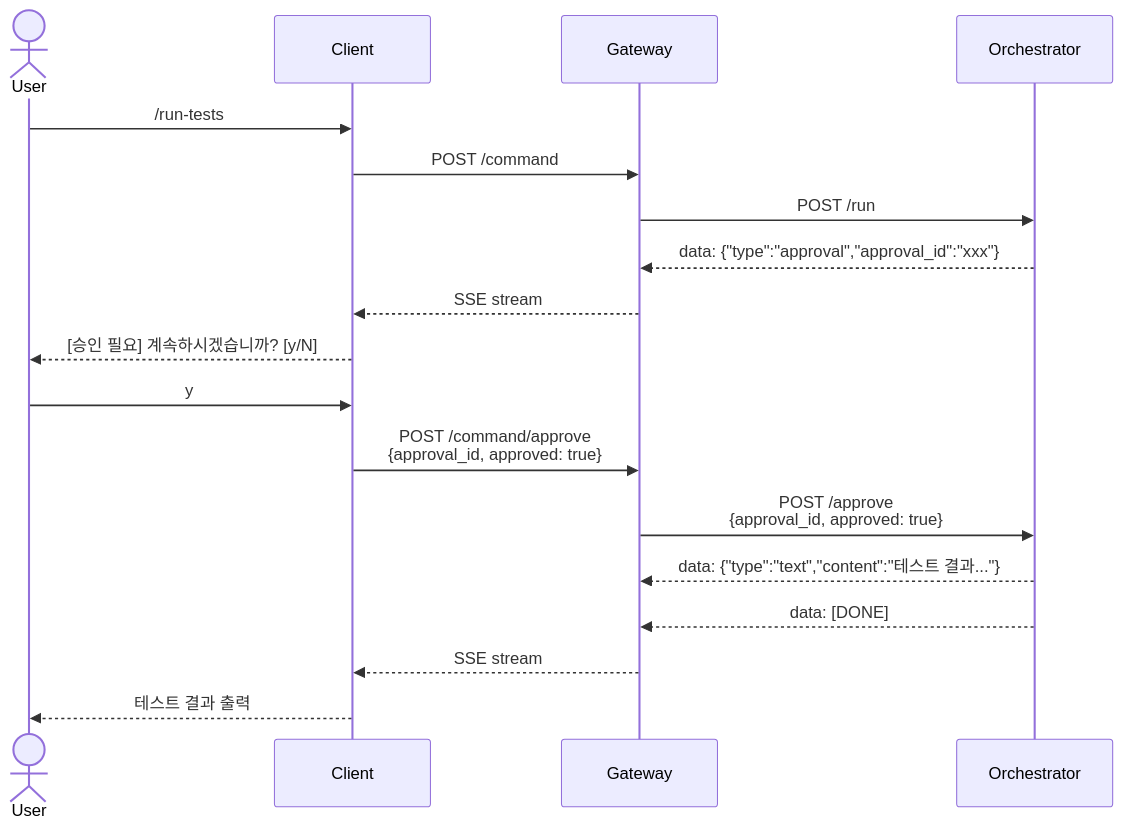
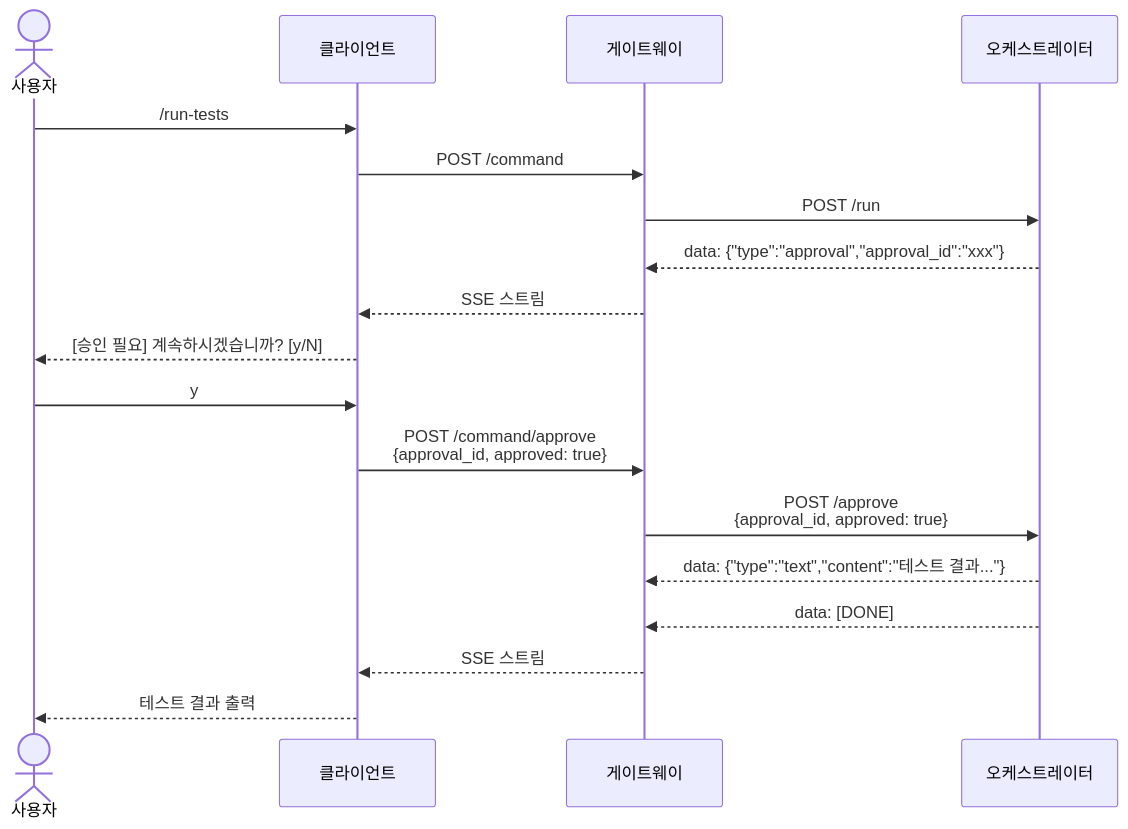
Before and after one commit to musiren/maha-claude: the third of 4 diagrams in README.md, drawn with Mermaid. The commit also changed other lines of this file, not shown here.

````diff
--- a/README.md
+++ b/README.md
@@ -72,24 +72,24 @@
 ```mermaid
 sequenceDiagram
-    actor User
-    participant C as Client
-    participant G as Gateway
-    participant O as Orchestrator
+    actor 사용자
+    participant C as 클라이언트
+    participant G as 게이트웨이
+    participant O as 오케스트레이터
 
-    User->>C: /run-tests
+    사용자->>C: /run-tests
     C->>G: POST /command
     G->>O: POST /run
 
     O-->>G: data: {"type":"approval","approval_id":"xxx"}
-    G-->>C: SSE stream
-    C-->>User: [승인 필요] 계속하시겠습니까? [y/N]
+    G-->>C: SSE 스트림
+    C-->>사용자: [승인 필요] 계속하시겠습니까? [y/N]
 
-    User->>C: y
+    사용자->>C: y
     C->>G: POST /command/approve<br/>{approval_id, approved: true}
     G->>O: POST /approve<br/>{approval_id, approved: true}
 
     O-->>G: data: {"type":"text","content":"테스트 결과..."}
     O-->>G: data: [DONE]
-    G-->>C: SSE stream
-    C-->>User: 테스트 결과 출력
+    G-->>C: SSE 스트림
+    C-->>사용자: 테스트 결과 출력
 ```
````
